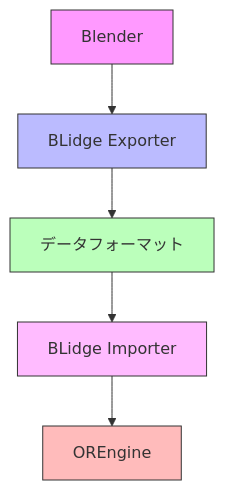
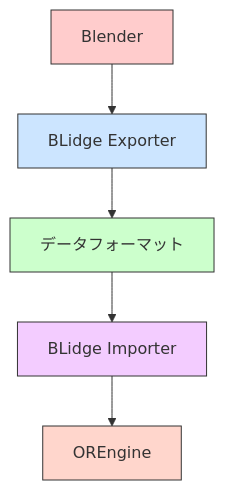
The first of 2 diagrams in docs/integration/blender.md (ukonpower/OREngine), drawn with Mermaid before and after one commit. The commit also changed other lines of this file and 5 other files, not shown here.

Commit message:
docs: tweak colors in diagrams

````diff
--- a/docs/integration/blender.md
+++ b/docs/integration/blender.md
@@ -10,13 +10,13 @@
 ```mermaid
 graph TD
     Blender[Blender] --> Exporter[BLidge Exporter]
     Exporter --> Format[データフォーマット]
     Format --> Importer[BLidge Importer]
     Importer --> Engine[OREngine]
 
-    style Blender fill:#f9f,stroke:#333
-    style Exporter fill:#bbf,stroke:#333
-    style Format fill:#bfb,stroke:#333
-    style Importer fill:#fbf,stroke:#333
-    style Engine fill:#fbb,stroke:#333
+    style Blender fill:#ffcccc,stroke:#333
+    style Exporter fill:#cce5ff,stroke:#333
+    style Format fill:#ccffcc,stroke:#333
+    style Importer fill:#f3ccff,stroke:#333
+    style Engine fill:#ffd6cc,stroke:#333
 ```
````
